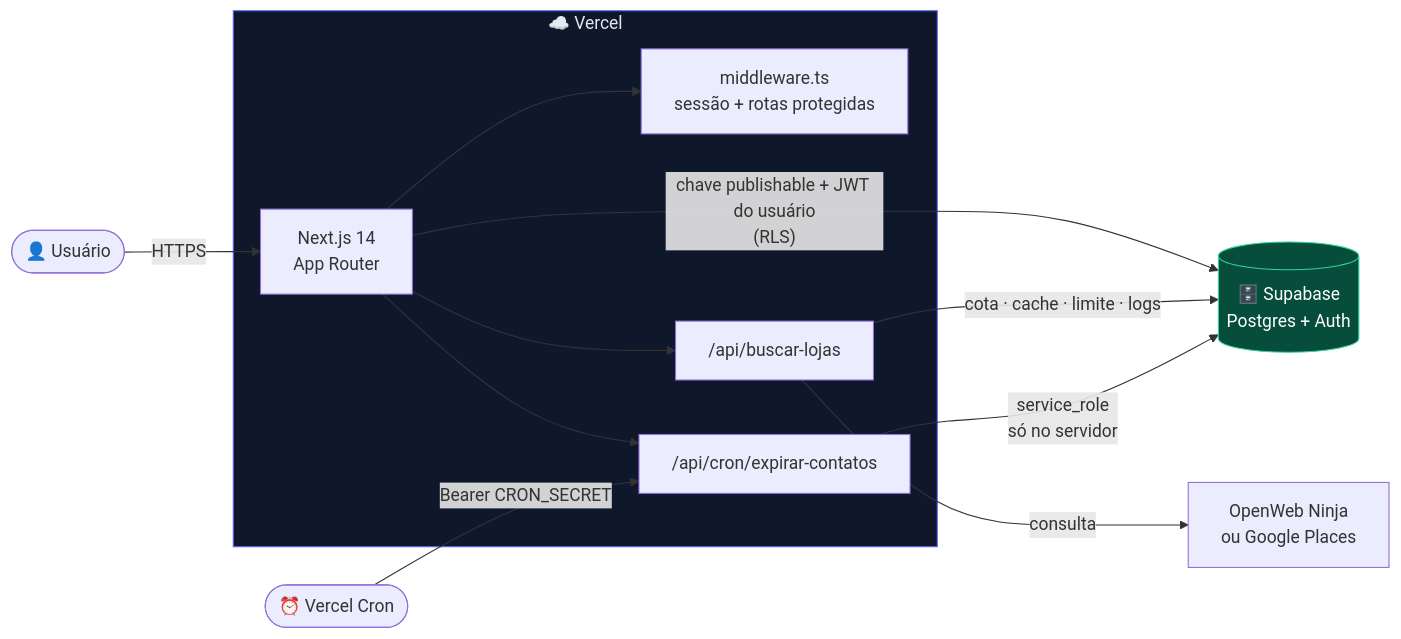
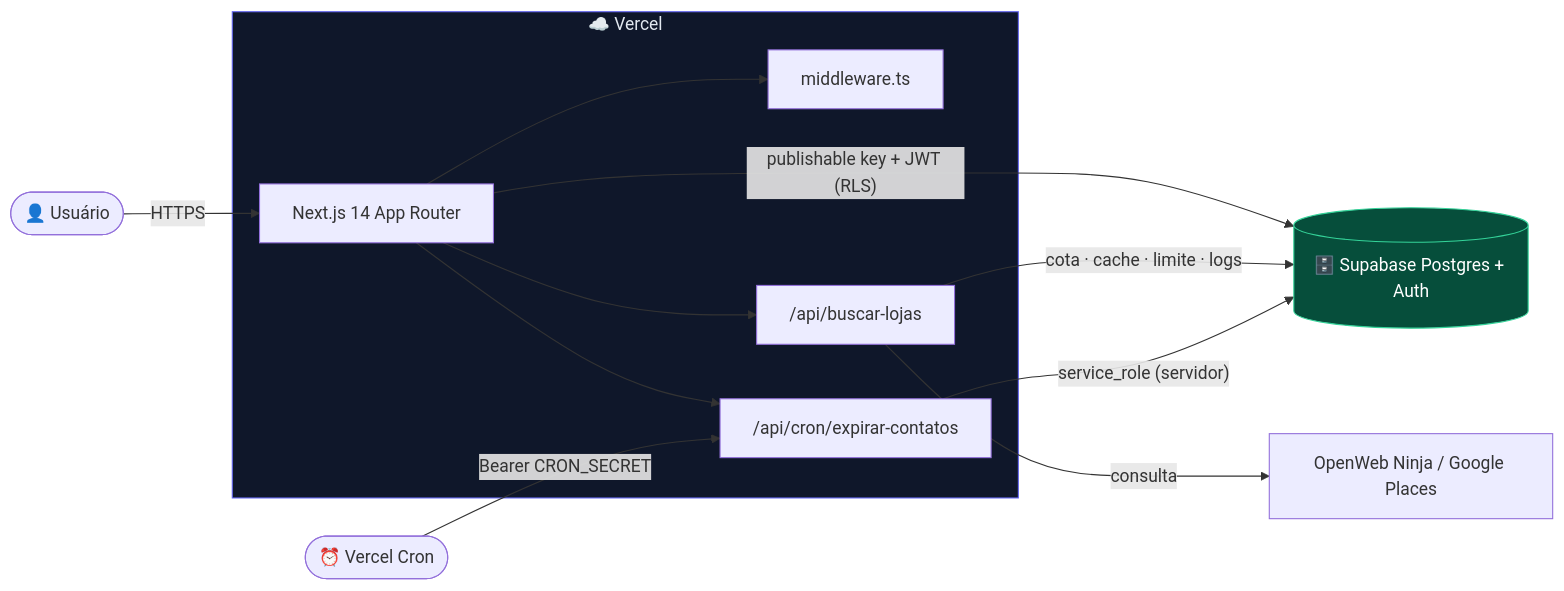
One commit to henriquefbarrado/painel-lead changed the third of 7 diagrams in README.md. Above: the diagram before and after it, drawn with Mermaid. The commit also changed other lines of this file, not shown here.

````diff
--- a/README.md
+++ b/README.md
@@ -146,19 +146,19 @@
 ```mermaid
 flowchart LR
   U(["👤 Usuário"]) -->|HTTPS| N
 
   subgraph VERCEL ["☁️ Vercel"]
-    N["Next.js 14<br/>App Router"] --> MW["middleware.ts<br/>sessão + rotas protegidas"]
+    N["Next.js 14 App Router"] --> MW["middleware.ts"]
     N --> API1["/api/buscar-lojas"]
     N --> API2["/api/cron/expirar-contatos"]
   end
 
-  N -->|"chave publishable + JWT do usuário<br/>(RLS)"| DB[("🗄️ Supabase<br/>Postgres + Auth")]
+  N -->|"publishable key + JWT (RLS)"| DB[("🗄️ Supabase Postgres + Auth")]
   API1 -->|"cota · cache · limite · logs"| DB
-  API1 -->|consulta| EXT["OpenWeb Ninja<br/>ou Google Places"]
+  API1 -->|consulta| EXT["OpenWeb Ninja / Google Places"]
   CRON(["⏰ Vercel Cron"]) -->|"Bearer CRON_SECRET"| API2
-  API2 -->|"service_role<br/>só no servidor"| DB
+  API2 -->|"service_role (servidor)"| DB
 
   style VERCEL fill:#0f172a,stroke:#6366f1,color:#e2e8f0
   style DB fill:#064e3b,stroke:#34d399,color:#fff
 ```
````
